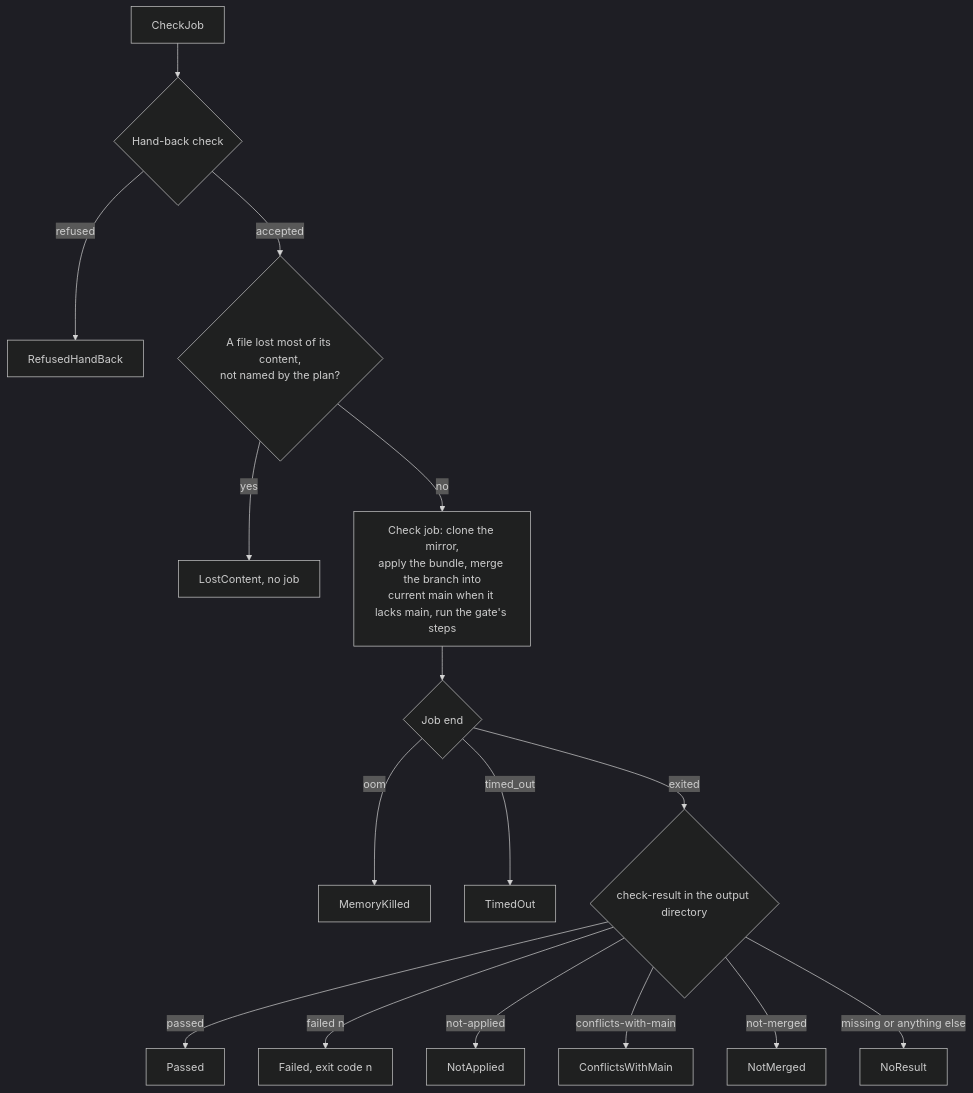
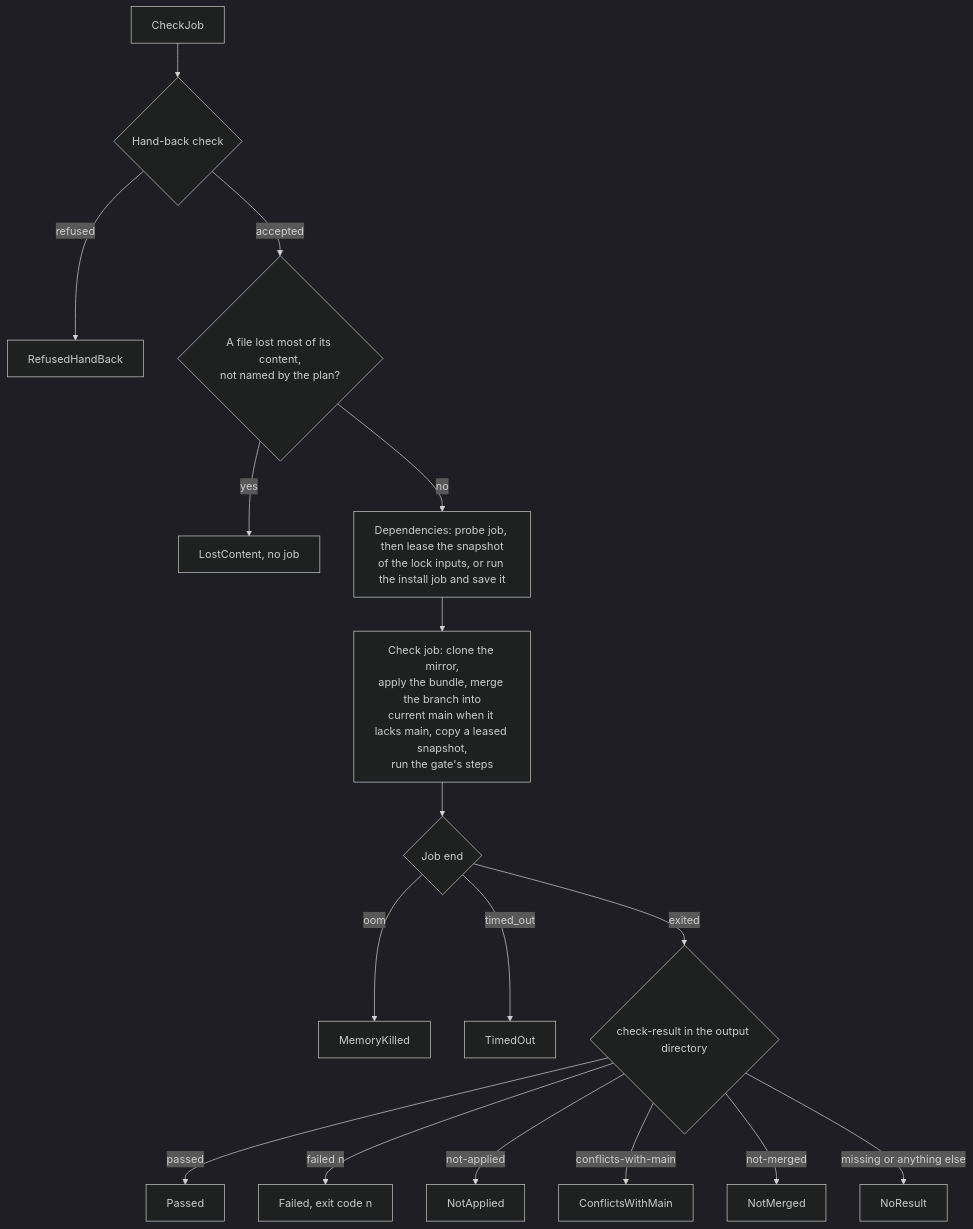
Before and after one commit to shinyredapples/intakt: the diagram in docs/architecture/check-job.md, drawn with Mermaid (dark theme). The commit also changed other lines of this file and 8 other files, not shown here.

````diff
--- a/docs/architecture/check-job.md
+++ b/docs/architecture/check-job.md
@@ -9,18 +9,19 @@
 ```mermaid
 flowchart TD
   start[CheckJob] --> handBack{Hand-back check}
   handBack -- refused --> refused[RefusedHandBack]
   handBack -- accepted --> lost{A file lost most of its content,<br/>not named by the plan?}
   lost -- yes --> lostContent[LostContent, no job]
-  lost -- no --> job[Check job: clone the mirror,<br/>apply the bundle, merge the branch into<br/>current main when it lacks main, run the gate's steps]
+  lost -- no --> deps[Dependencies: probe job, then lease the snapshot<br/>of the lock inputs, or run the install job and save it]
+  deps --> job[Check job: clone the mirror,<br/>apply the bundle, merge the branch into<br/>current main when it lacks main, copy a leased snapshot,<br/>run the gate's steps]
   job --> cause{Job end}
   cause -- oom --> oom[MemoryKilled]
   cause -- timed_out --> timedOut[TimedOut]
   cause -- exited --> result{check-result in the output directory}
   result -- passed --> passed[Passed]
   result -- "failed n" --> failed[Failed, exit code n]
   result -- not-applied --> notApplied[NotApplied]
   result -- conflicts-with-main --> conflicts[ConflictsWithMain]
   result -- not-merged --> notMerged[NotMerged]
   result -- "missing or anything else" --> noResult[NoResult]
 ```
````
